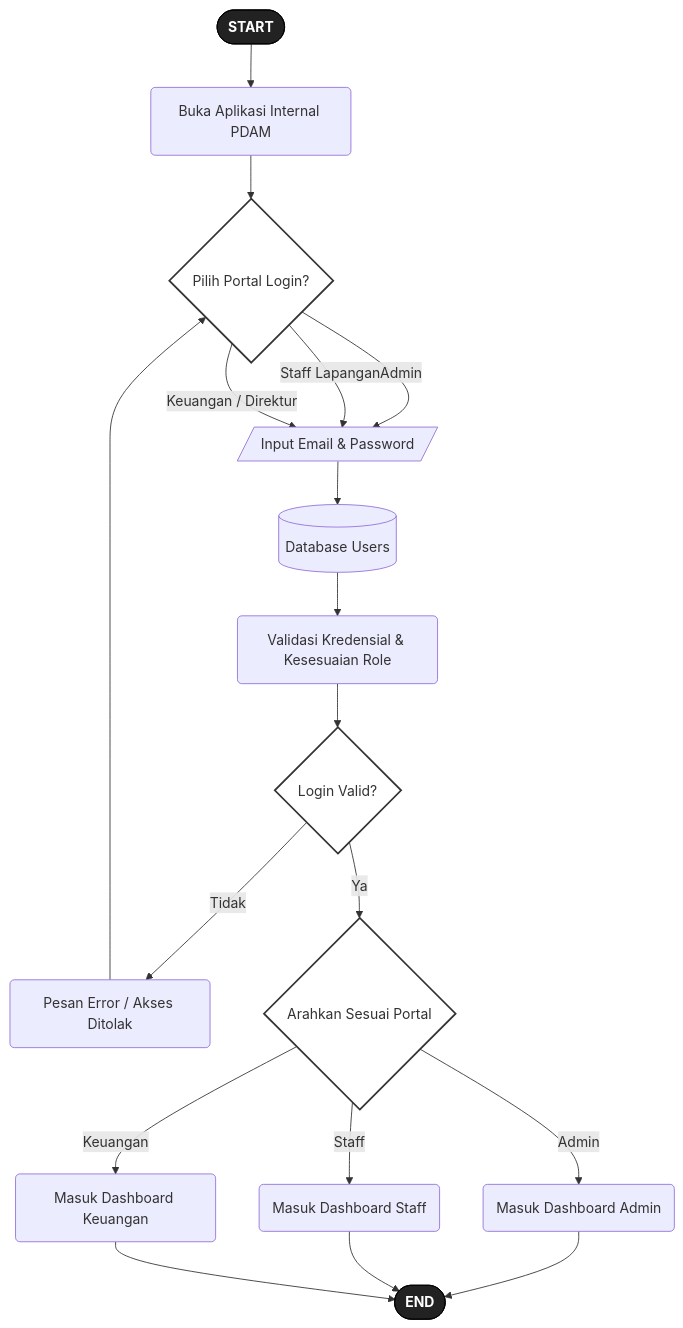
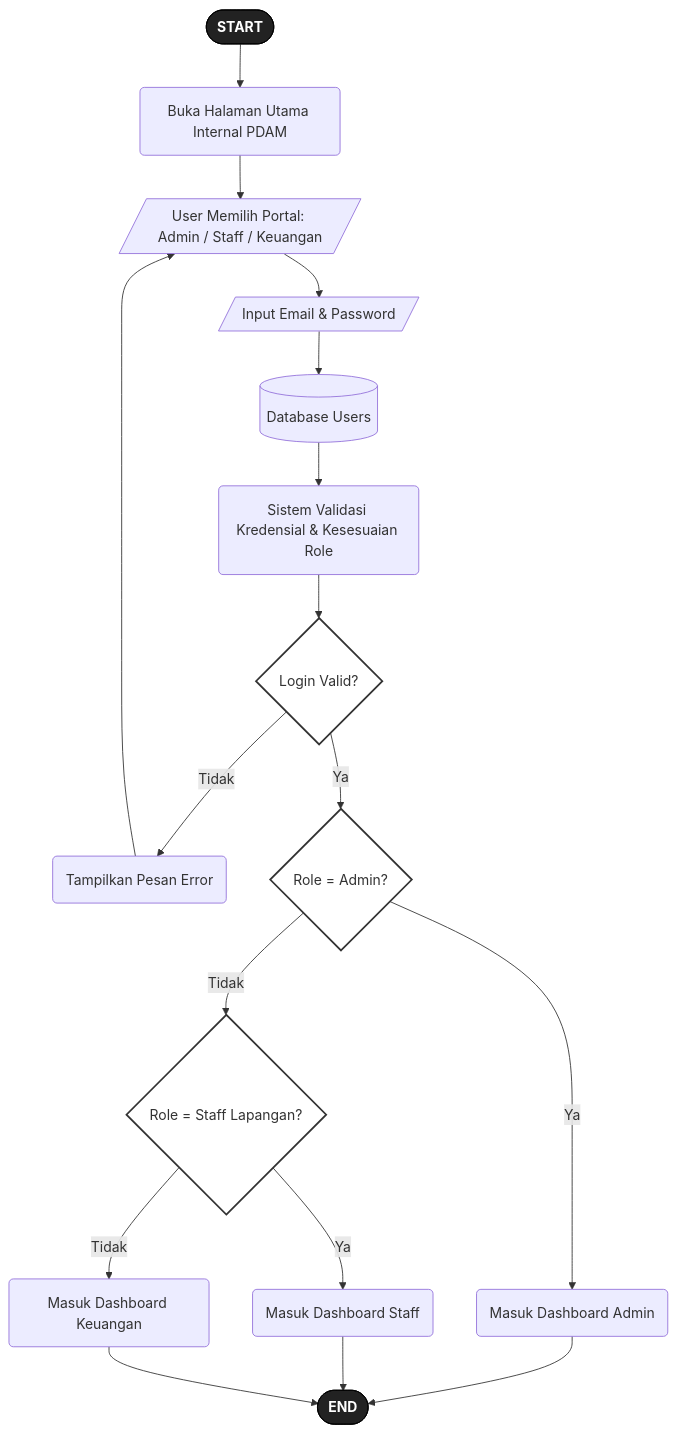
One commit to mbkmmagang26/PDAM_seruyan changed the eighth of 13 diagrams in ANALISIS_PERANCANGAN_SISTEM.md. Above: the diagram before and after it, drawn with Mermaid. The commit also changed other lines of this file, not shown here.

````diff
--- a/ANALISIS_PERANCANGAN_SISTEM.md
+++ b/ANALISIS_PERANCANGAN_SISTEM.md
@@ -224,28 +224,29 @@
 ```mermaid
 flowchart TD
-    S_START([START]) --> P1(Buka Aplikasi Internal PDAM)
-    P1 --> P2{Pilih Portal Login?}
-    P2 -- Admin --> L1[/Input Email & Password/]
-    P2 -- Staff Lapangan --> L1
-    P2 -- Keuangan / Direktur --> L1
+    S_START([START]) --> P1(Buka Halaman Utama Internal PDAM)
+    P1 --> P2[/User Memilih Portal: Admin / Staff / Keuangan/]
+    P2 --> L1[/Input Email & Password/]
     
     L1 --> DB[(Database Users)]
-    DB --> B(Validasi Kredensial & Kesesuaian Role)
+    DB --> B(Sistem Validasi Kredensial & Kesesuaian Role)
     B --> C{Login Valid?}
-    C -- Tidak --> D(Pesan Error / Akses Ditolak)
+    
+    C -- Tidak --> D(Tampilkan Pesan Error)
     D --> P2
-    C -- Ya --> E{Arahkan Sesuai Portal}
-    E -- Admin --> G(Masuk Dashboard Admin)
-    E -- Staff --> H(Masuk Dashboard Staff)
-    E -- Keuangan --> I(Masuk Dashboard Keuangan)
+    
+    C -- Ya --> E{Role = Admin?}
+    E -- Ya --> G(Masuk Dashboard Admin)
+    E -- Tidak --> E2{Role = Staff Lapangan?}
+    E2 -- Ya --> H(Masuk Dashboard Staff)
+    E2 -- Tidak --> I(Masuk Dashboard Keuangan)
     
     G --> S_END([END])
     H --> S_END
     I --> S_END
 
     style S_START fill:#222,stroke:#000,color:#fff,font-weight:bold
     style S_END fill:#222,stroke:#000,color:#fff,font-weight:bold
-    style P2 fill:#fff,stroke:#333,stroke-width:2px
     style C fill:#fff,stroke:#333,stroke-width:2px
     style E fill:#fff,stroke:#333,stroke-width:2px
+    style E2 fill:#fff,stroke:#333,stroke-width:2px
 ```
````
